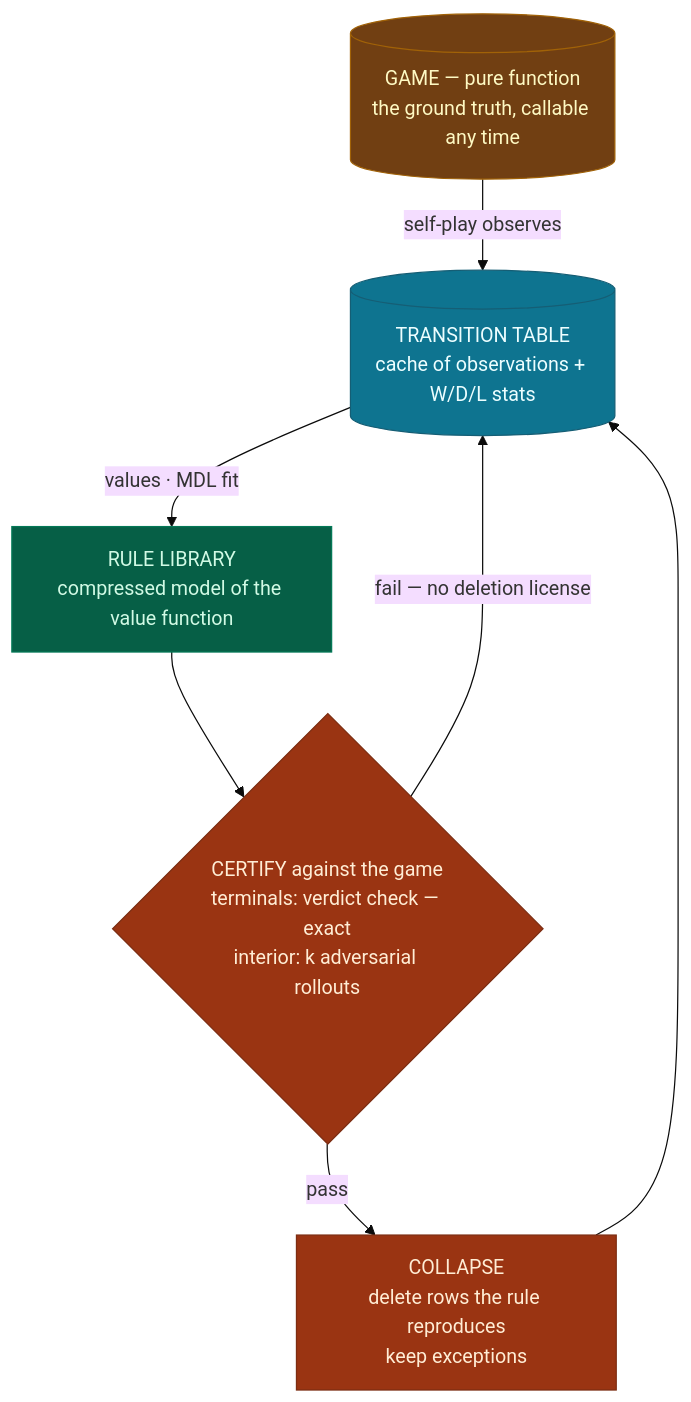
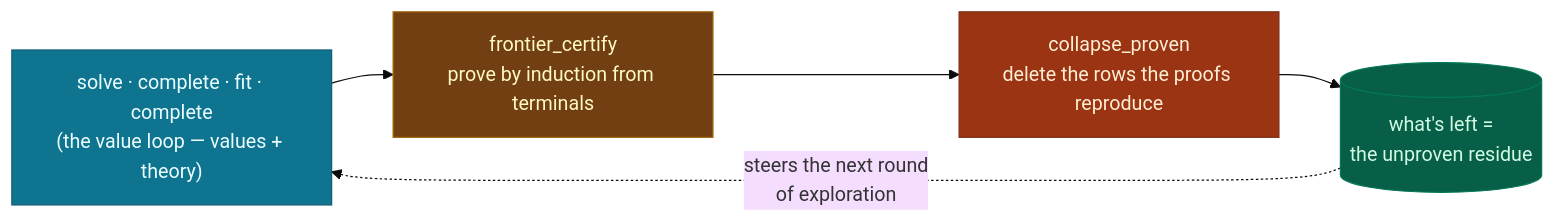
Before and after one commit to MatheweB/WiseExplorer: the diagram in docs/certified-forgetting.md, drawn with Mermaid (base theme). The commit also changed other lines of this file and 6 other files, not shown here.

````diff
--- a/docs/certified-forgetting.md
+++ b/docs/certified-forgetting.md
@@ -27,18 +26,11 @@
 ```mermaid
-flowchart TB
-    classDef oracle fill:#713f12,stroke:#a16207,color:#fef9c3
-    classDef cache  fill:#0e7490,stroke:#155e75,color:#ecfeff
-    classDef model  fill:#065f46,stroke:#047857,color:#d1fae5
-    classDef act    fill:#9a3412,stroke:#7c2d12,color:#ffedd5
-    G[("GAME — pure function<br/>the ground truth, callable any time")]:::oracle
-    T[("TRANSITION TABLE<br/>cache of observations + W/D/L stats")]:::cache
-    R["RULE LIBRARY<br/>compressed model of the value function"]:::model
-    C{"CERTIFY against the game<br/>terminals: verdict check — exact<br/>interior: k adversarial rollouts"}:::act
-    D["COLLAPSE<br/>delete rows the rule reproduces<br/>keep exceptions"]:::act
-    G -->|self-play observes| T
-    T -->|values · MDL fit| R
-    R --> C
-    C -->|pass| D
-    C -->|"fail — no deletion license"| T
-    D --> T
+flowchart LR
+    classDef ev fill:#0e7490,stroke:#155e75,color:#ecfeff
+    classDef di fill:#065f46,stroke:#047857,color:#d1fae5
+    classDef pr fill:#713f12,stroke:#a16207,color:#fef9c3
+    classDef cut fill:#9a3412,stroke:#7c2d12,color:#ffedd5
+    S["solve · complete · fit · complete<br/>(the value loop — values + theory)"]:::ev --> F["frontier_certify<br/>prove by induction from terminals"]:::pr
+    F --> C["collapse_proven<br/>delete the rows the proofs reproduce"]:::cut
+    C --> M[("what's left =<br/>the unproven residue")]:::di
+    M -.->|"steers the next round<br/>of exploration"| S
 ```
````
